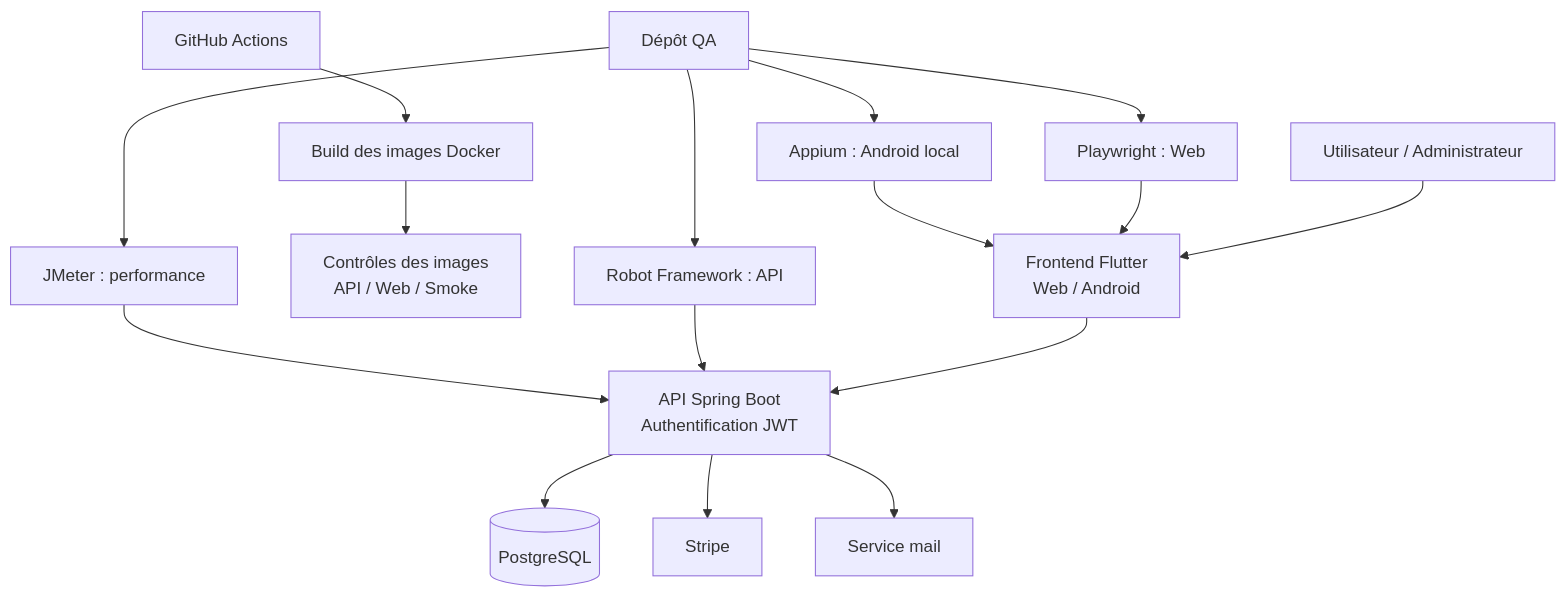
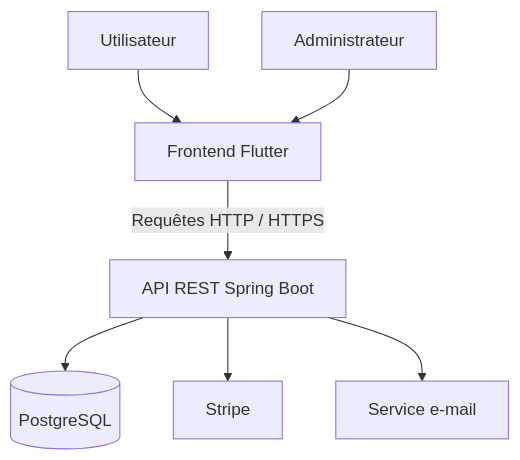
Before and after one commit to ikraammel/eBus_frontend: the diagram in README.md, drawn with Mermaid. The commit also changed other lines of this file, not shown here.

````diff
--- a/README.md
+++ b/README.md
@@ -101,21 +108,17 @@
 ```mermaid
 flowchart TD
-    U[Utilisateur / Administrateur] --> F[Frontend Flutter<br/>Web / Android]
-    F --> B[API Spring Boot<br/>Authentification JWT]
-    B --> DB[(PostgreSQL)]
-    B --> S[Stripe]
-    B --> M[Service mail]
+    U[Utilisateur]
+    A[Administrateur]
+    F[Frontend Flutter]
+    API[API REST Spring Boot]
+    DB[(PostgreSQL)]
+    S[Stripe]
+    M[Service e-mail]
 
-    CI[GitHub Actions] --> BUILD[Build des images Docker]
-    BUILD --> CHECK[Contrôles des images<br/>API / Web / Smoke]
-
-    QA[Dépôt QA] --> API[Robot Framework : API]
-    QA --> WEB[Playwright : Web]
-    QA --> PERF[JMeter : performance]
-    QA --> MOBILE[Appium : Android local]
-
-    API --> B
-    WEB --> F
-    PERF --> B
-    MOBILE --> F
+    U --> F
+    A --> F
+    F -->|Requêtes HTTP / HTTPS| API
+    API --> DB
+    API --> S
+    API --> M
 ```
````
